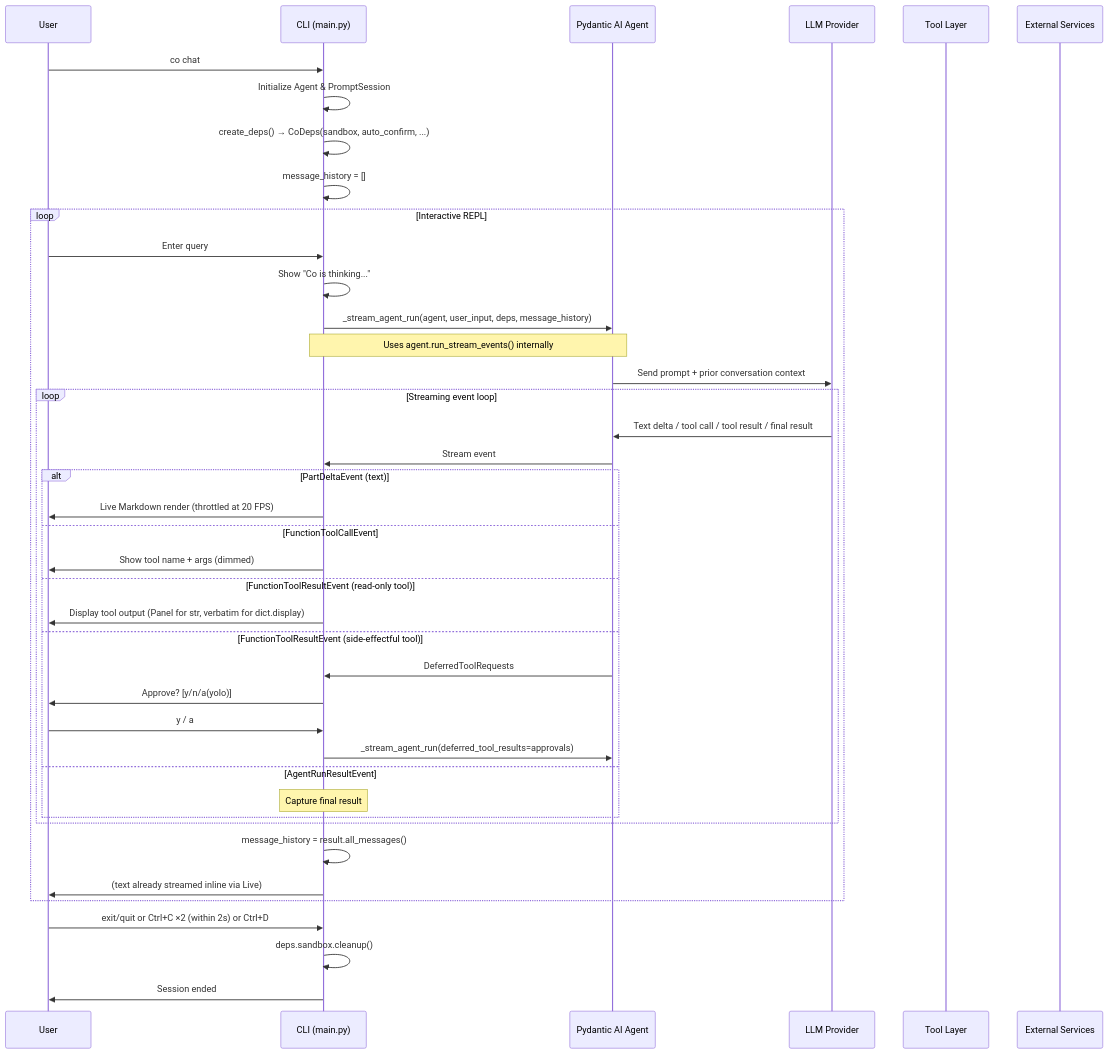
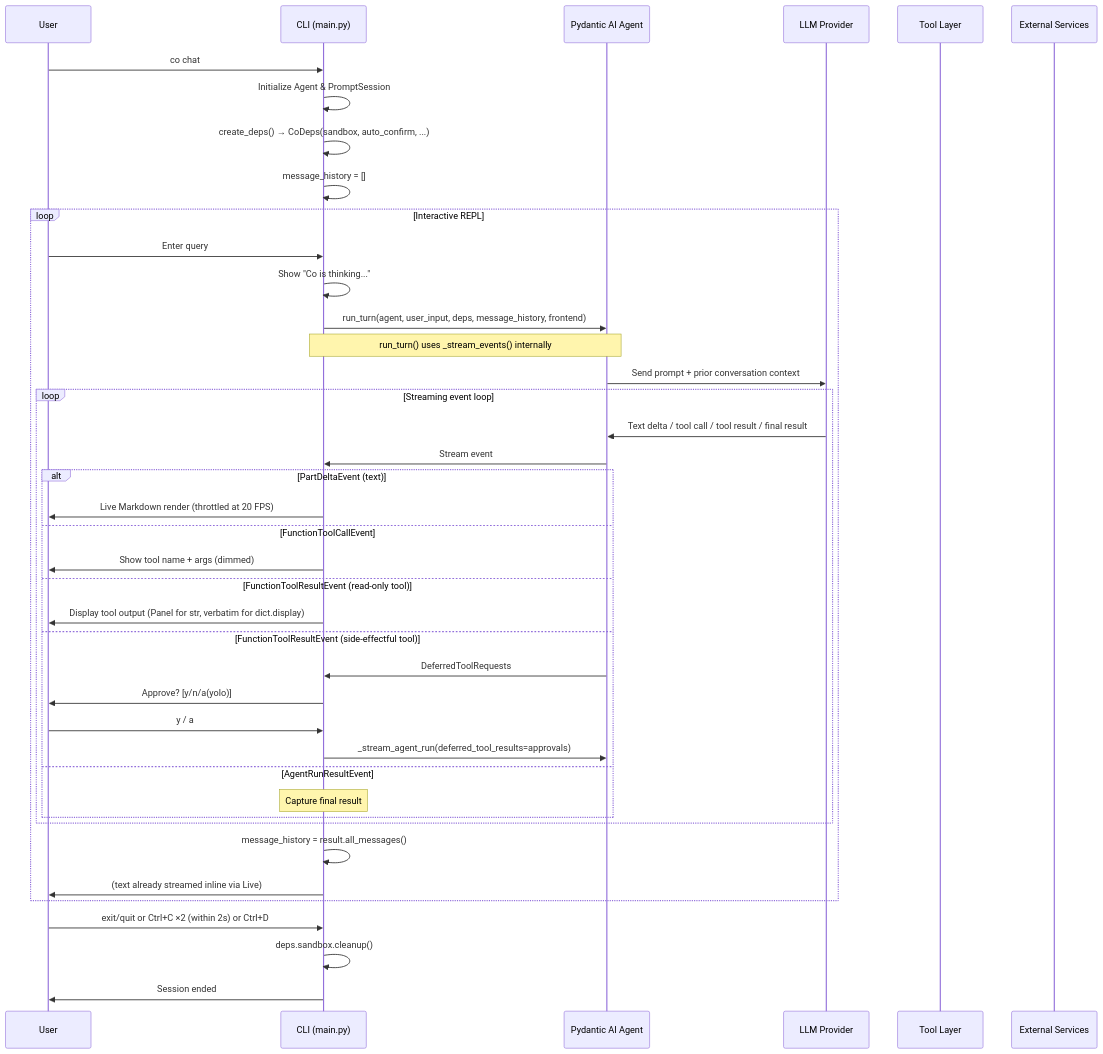
The second of 3 diagrams in docs/DESIGN-02-chat-loop.md (binlecode/co-cli), drawn with Mermaid before and after one commit. The commit also changed other lines of this file and 25 other files, not shown here.

First line of the commit message:
Agent tool-call + recursive flow hardening (Phase C+D)

````diff
--- a/docs/DESIGN-02-chat-loop.md
+++ b/docs/DESIGN-02-chat-loop.md
@@ -54,49 +54,49 @@
 ```mermaid
 sequenceDiagram
     participant User
     participant CLI as CLI (main.py)
     participant Agent as Pydantic AI Agent
     participant LLM as LLM Provider
     participant Tools as Tool Layer
     participant External as External Services
 
     User->>CLI: co chat
     CLI->>CLI: Initialize Agent & PromptSession
     CLI->>CLI: create_deps() → CoDeps(sandbox, auto_confirm, ...)
     CLI->>CLI: message_history = []
 
     loop Interactive REPL
         User->>CLI: Enter query
         CLI->>CLI: Show "Co is thinking..."
-        CLI->>Agent: _stream_agent_run(agent, user_input, deps, message_history)
-        Note over CLI,Agent: Uses agent.run_stream_events() internally
+        CLI->>Agent: run_turn(agent, user_input, deps, message_history, frontend)
+        Note over CLI,Agent: run_turn() uses _stream_events() internally
         Agent->>LLM: Send prompt + prior conversation context
 
         loop Streaming event loop
             LLM->>Agent: Text delta / tool call / tool result / final result
             Agent->>CLI: Stream event
 
             alt PartDeltaEvent (text)
                 CLI->>User: Live Markdown render (throttled at 20 FPS)
             else FunctionToolCallEvent
                 CLI->>User: Show tool name + args (dimmed)
             else FunctionToolResultEvent (read-only tool)
                 CLI->>User: Display tool output (Panel for str, verbatim for dict.display)
             else FunctionToolResultEvent (side-effectful tool)
                 Agent->>CLI: DeferredToolRequests
                 CLI->>User: Approve? [y/n/a(yolo)]
                 User->>CLI: y / a
                 CLI->>Agent: _stream_agent_run(deferred_tool_results=approvals)
             else AgentRunResultEvent
                 Note over CLI: Capture final result
             end
         end
 
         CLI->>CLI: message_history = result.all_messages()
         CLI->>User: (text already streamed inline via Live)
     end
 
     User->>CLI: exit/quit or Ctrl+C ×2 (within 2s) or Ctrl+D
     CLI->>CLI: deps.sandbox.cleanup()
     CLI->>User: Session ended
 ```
````
